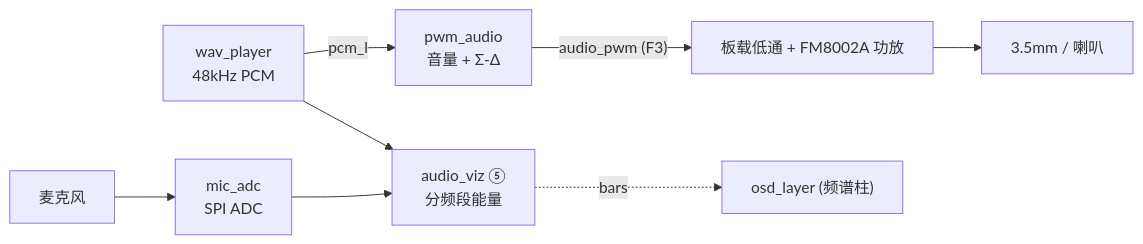
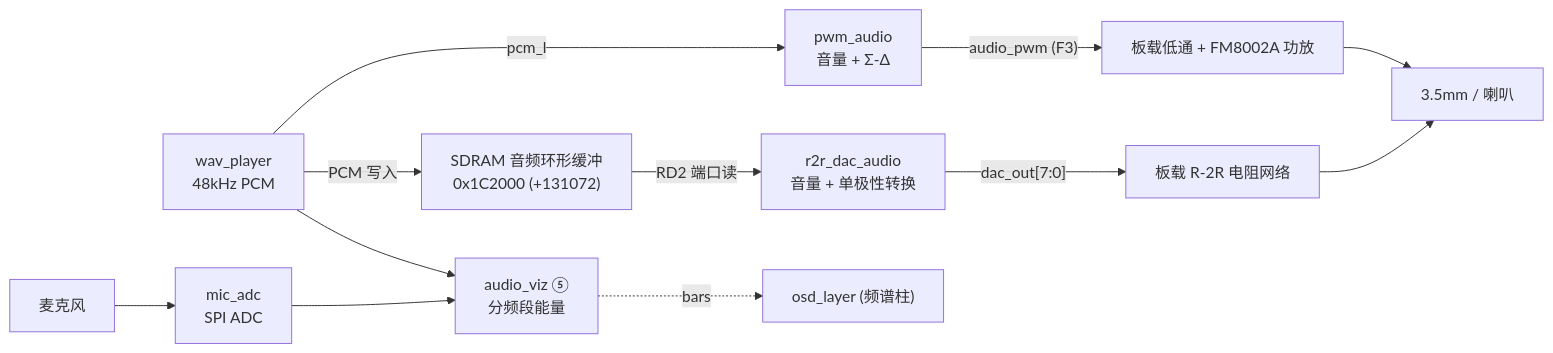
One commit to Spurinna-L/fpga-2026 changed the third of 8 diagrams in project/doc/框架说明.md. Above: the diagram before and after it, drawn with Mermaid. The commit also changed other lines of this file and 13 other files, not shown here.

````diff
--- a/project/doc/框架说明.md
+++ b/project/doc/框架说明.md
@@ -92,9 +92,15 @@
 ```mermaid
 flowchart LR
     WAV["wav_player<br/>48kHz PCM"] -->|"pcm_l"| PWM["pwm_audio<br/>音量 + Σ-Δ"]
     PWM -->|"audio_pwm (F3)"| AMP["板载低通 + FM8002A 功放"]
     AMP --> SPK["3.5mm / 喇叭"]
+
+    WAV -->|"PCM 写入"| BUF["SDRAM 音频环形缓冲<br/>0x1C2000 (+131072)"]
+    BUF -->|"RD2 端口读"| R2R["r2r_dac_audio<br/>音量 + 单极性转换"]
+    R2R -->|"dac_out[7:0]"| NET["板载 R-2R 电阻网络"]
+    NET --> SPK
+
     WAV --> VIZ["audio_viz ⑤<br/>分频段能量"]
     MIC["麦克风"] --> MAD["mic_adc<br/>SPI ADC"] --> VIZ
     VIZ -.->|"bars"| OSD["osd_layer (频谱柱)"]
 ```
````
